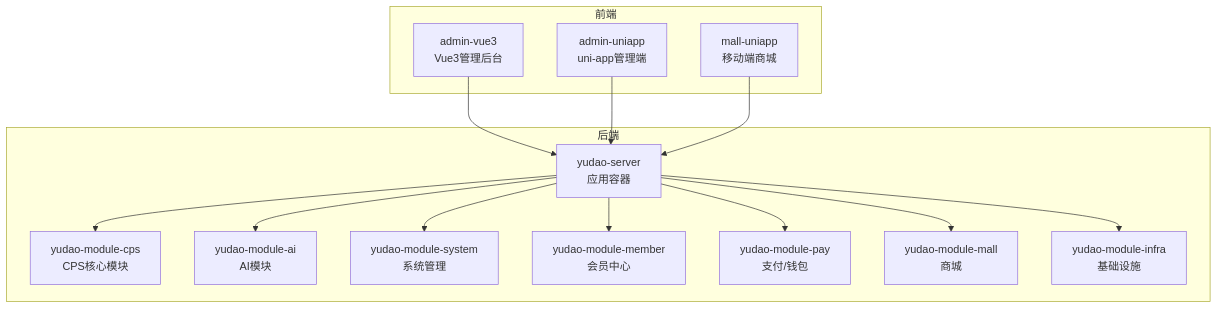
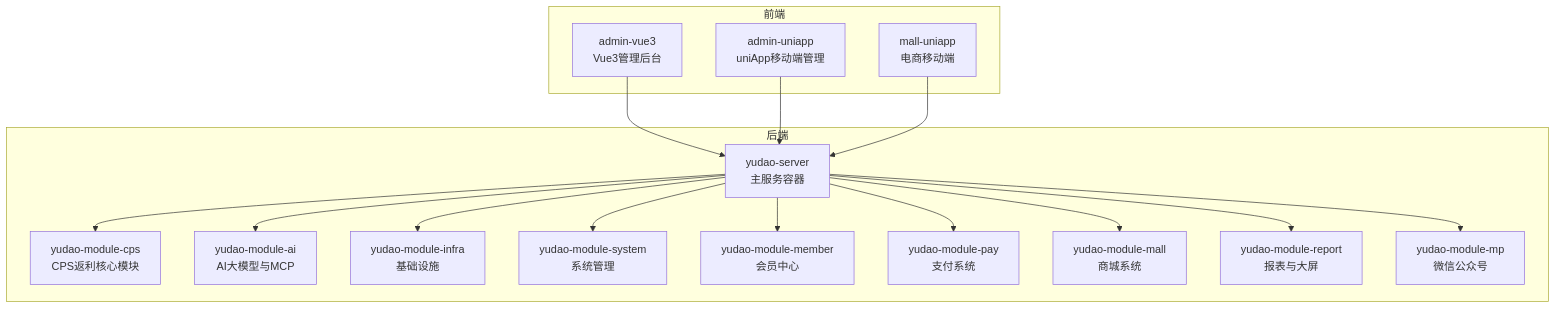
Before and after one commit to zhuangpengLI/AgenticCPS: the first of 7 diagrams in .qoder/repowiki/zh/content/项目概述/项目介绍与背景.md, drawn with Mermaid. The commit also changed other lines of this file and 293 other files, not shown here.

````diff
--- a/.qoder/repowiki/zh/content/项目概述/项目介绍与背景.md
+++ b/.qoder/repowiki/zh/content/项目概述/项目介绍与背景.md
@@ -30,28 +50,32 @@
 ```mermaid
 graph TB
 subgraph "后端"
-A["yudao-server<br/>应用容器"]
-B["yudao-module-cps<br/>CPS核心模块"]
-C["yudao-module-ai<br/>AI模块"]
-D["yudao-module-system<br/>系统管理"]
-E["yudao-module-member<br/>会员中心"]
-F["yudao-module-pay<br/>支付/钱包"]
-G["yudao-module-mall<br/>商城"]
-H["yudao-module-infra<br/>基础设施"]
+Server["yudao-server<br/>主服务容器"]
+CPS["yudao-module-cps<br/>CPS返利核心模块"]
+AI["yudao-module-ai<br/>AI大模型与MCP"]
+INFRA["yudao-module-infra<br/>基础设施"]
+SYS["yudao-module-system<br/>系统管理"]
+MEMBER["yudao-module-member<br/>会员中心"]
+PAY["yudao-module-pay<br/>支付系统"]
+MALL["yudao-module-mall<br/>商城系统"]
+REPORT["yudao-module-report<br/>报表与大屏"]
+MP["yudao-module-mp<br/>微信公众号"]
 end
 subgraph "前端"
-I["admin-vue3<br/>Vue3管理后台"]
-J["admin-uniapp<br/>uni-app管理端"]
-K["mall-uniapp<br/>移动端商城"]
+ADMIN_VUE["admin-vue3<br/>Vue3管理后台"]
+ADMIN_UNI["admin-uniapp<br/>uniApp移动端管理"]
+MALL_UNI["mall-uniapp<br/>电商移动端"]
 end
-A --> B
-A --> C
-A --> D
-A --> E
-A --> F
-A --> G
-A --> H
-I --> A
-J --> A
-K --> A
+ADMIN_VUE --> Server
+ADMIN_UNI --> Server
+MALL_UNI --> Server
+Server --> CPS
+Server --> AI
+Server --> INFRA
+Server --> SYS
+Server --> MEMBER
+Server --> PAY
+Server --> MALL
+Server --> REPORT
+Server --> MP
 ```
````
